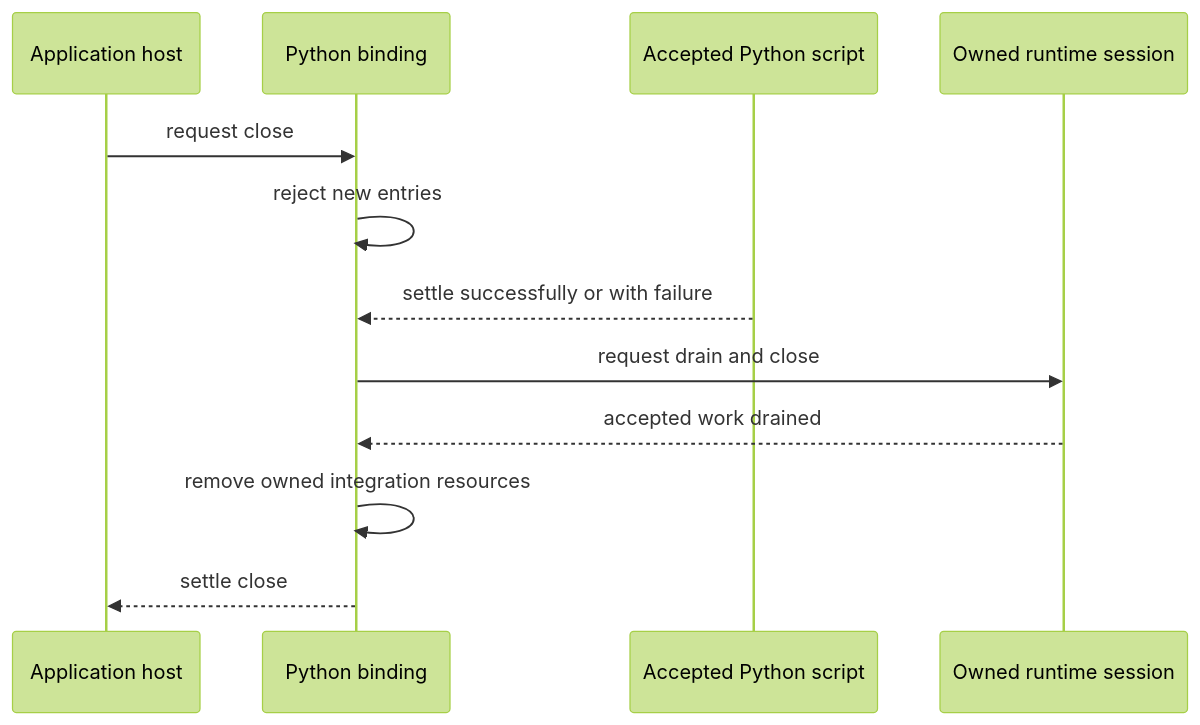
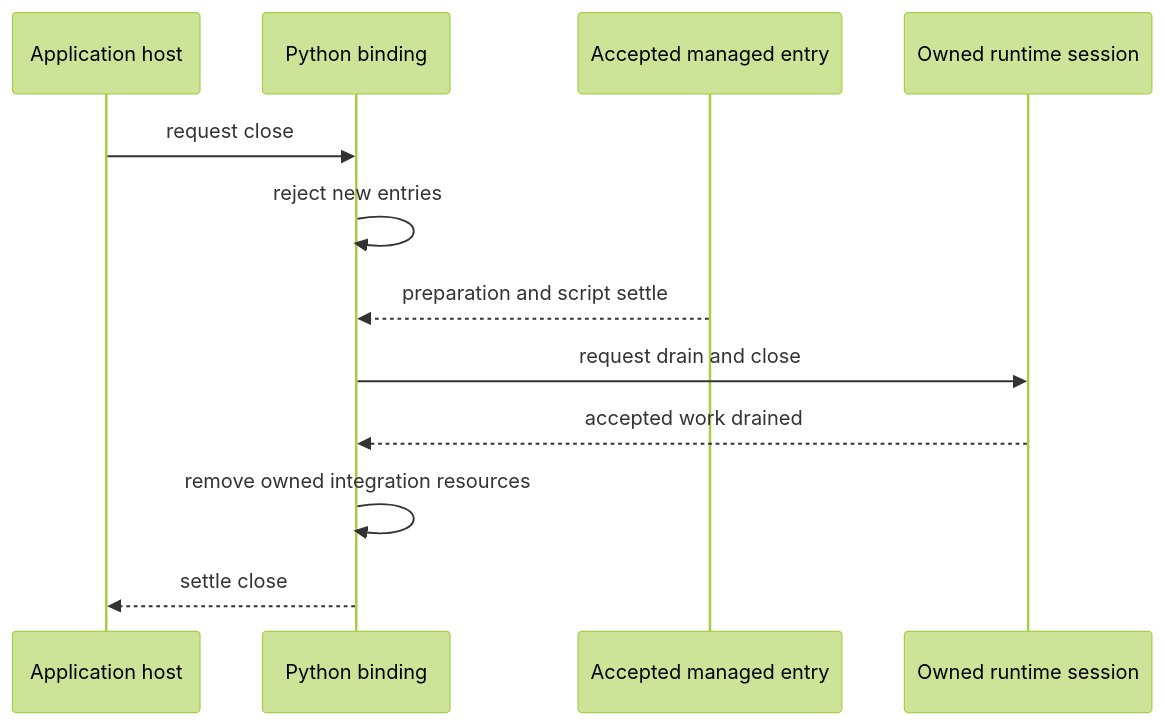
The second of 2 diagrams in docs/flows/managed-python-session.md (isaacperez/tabgrad), drawn with Mermaid (forest theme) before and after one commit. The commit also changed other lines of this file and 11 other files, not shown here.

````diff
--- a/docs/flows/managed-python-session.md
+++ b/docs/flows/managed-python-session.md
@@ -167,14 +198,14 @@
 ```mermaid
 sequenceDiagram
     participant Host as Application host
     participant Binding as Python binding
-    participant Script as Accepted Python script
+    participant Entry as Accepted managed entry
     participant Session as Owned runtime session
     Host->>Binding: request close
     Binding->>Binding: reject new entries
-    Script-->>Binding: settle successfully or with failure
+    Entry-->>Binding: preparation and script settle
     Binding->>Session: request drain and close
     Session-->>Binding: accepted work drained
     Binding->>Binding: remove owned integration resources
     Binding-->>Host: settle close
 ```
````
